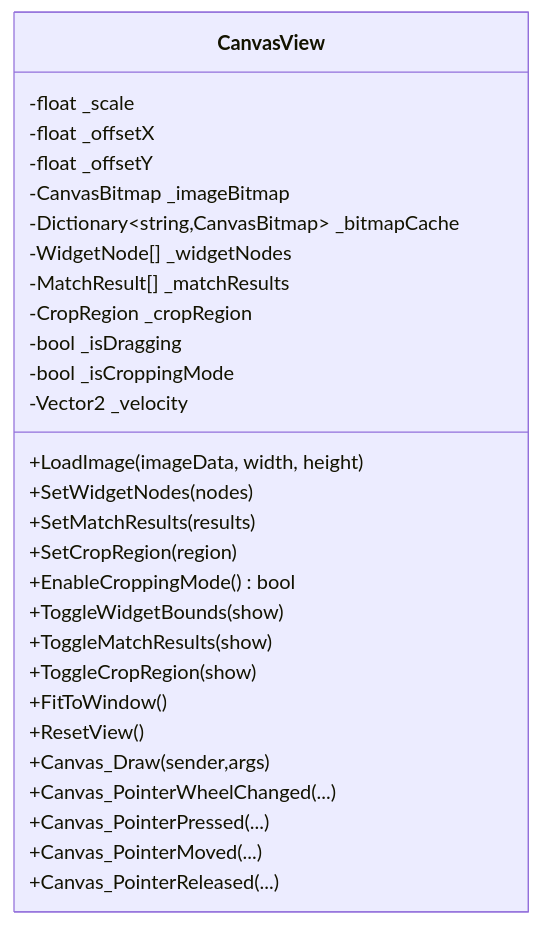
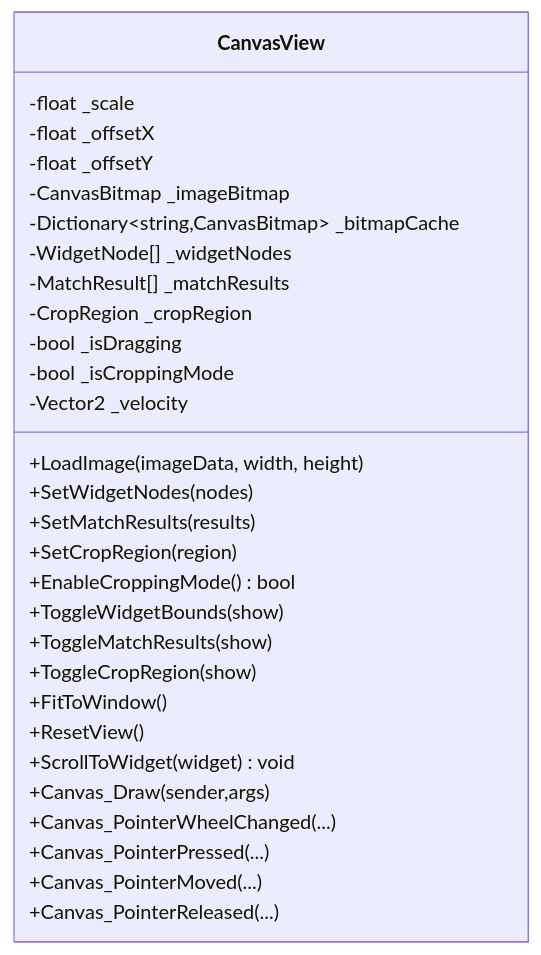
One commit to terwer/autojs6-dev-tools changed the third of 9 diagrams in .qoder/repowiki/zh/content/用户界面设计/Canvas 高性能渲染系统.md. Above: the diagram before and after it, drawn with Mermaid. The commit also changed other lines of this file and 10 other files, not shown here.

````diff
--- a/.qoder/repowiki/zh/content/用户界面设计/Canvas 高性能渲染系统.md
+++ b/.qoder/repowiki/zh/content/用户界面设计/Canvas 高性能渲染系统.md
@@ -127,31 +145,32 @@
 ```mermaid
 classDiagram
 class CanvasView {
 -float _scale
 -float _offsetX
 -float _offsetY
 -CanvasBitmap _imageBitmap
 -Dictionary~string,CanvasBitmap~ _bitmapCache
 -WidgetNode[] _widgetNodes
 -MatchResult[] _matchResults
 -CropRegion _cropRegion
 -bool _isDragging
 -bool _isCroppingMode
 -Vector2 _velocity
 +LoadImage(imageData, width, height)
 +SetWidgetNodes(nodes)
 +SetMatchResults(results)
 +SetCropRegion(region)
 +EnableCroppingMode() bool
 +ToggleWidgetBounds(show)
 +ToggleMatchResults(show)
 +ToggleCropRegion(show)
 +FitToWindow()
 +ResetView()
++ScrollToWidget(widget) void
 +Canvas_Draw(sender,args)
 +Canvas_PointerWheelChanged(...)
 +Canvas_PointerPressed(...)
 +Canvas_PointerMoved(...)
 +Canvas_PointerReleased(...)
 }
 ```
````
